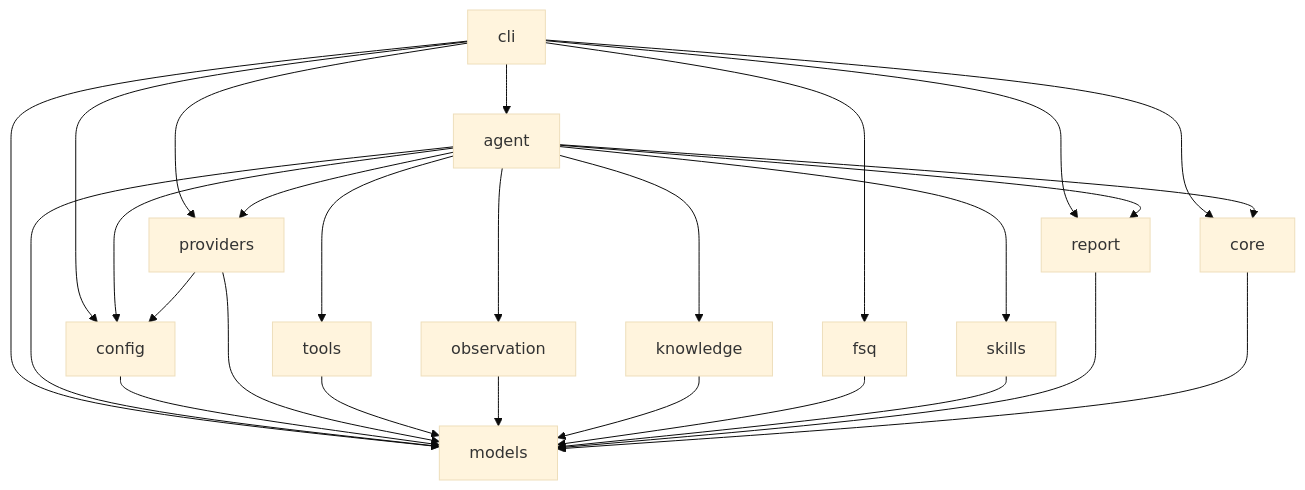
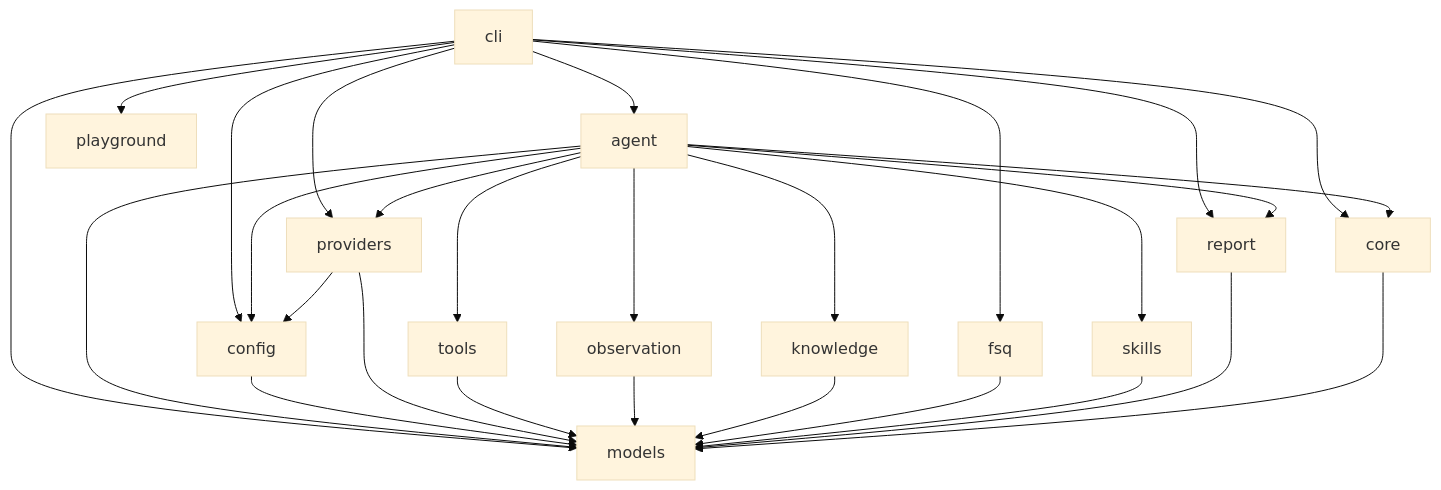
The diagram in SPEC.md (FSQ-lab/FSQ-Agent), drawn with Mermaid (base theme) before and after one commit. The commit also changed other lines of this file and 1 other file, not shown here.

Commit message:
add playground in spec

````diff
--- a/SPEC.md
+++ b/SPEC.md
@@ -59,29 +60,30 @@
 ```mermaid
 flowchart TD
     CLI[cli] --> Agent[agent]
     CLI --> Core[core]
     CLI --> FSQ[fsq]
     CLI --> Config[config]
     CLI --> Providers[providers]
     CLI --> Models[models]
     CLI --> Report[report]
+    CLI --> Playground[playground]
     Agent --> Core[core]
     Agent --> Config[config]
     Agent --> Providers[providers]
     Agent --> Models[models]
     Agent --> Tools[tools]
     Agent --> Observation[observation]
     Agent --> Knowledge[knowledge]
     Agent --> Skills[skills]
     Agent --> Report[report]
     Config --> Models
     Providers --> Config
     Providers --> Models
     Tools --> Models
     Observation --> Models
     Knowledge --> Models
     FSQ --> Models
     Skills --> Models
     Report --> Models
     Core --> Models
 ```
````
